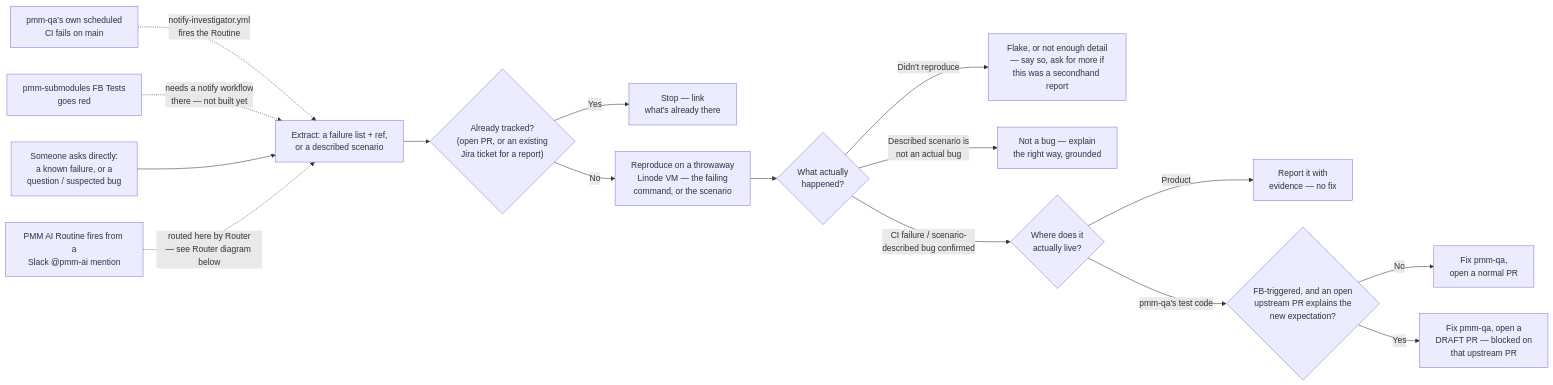
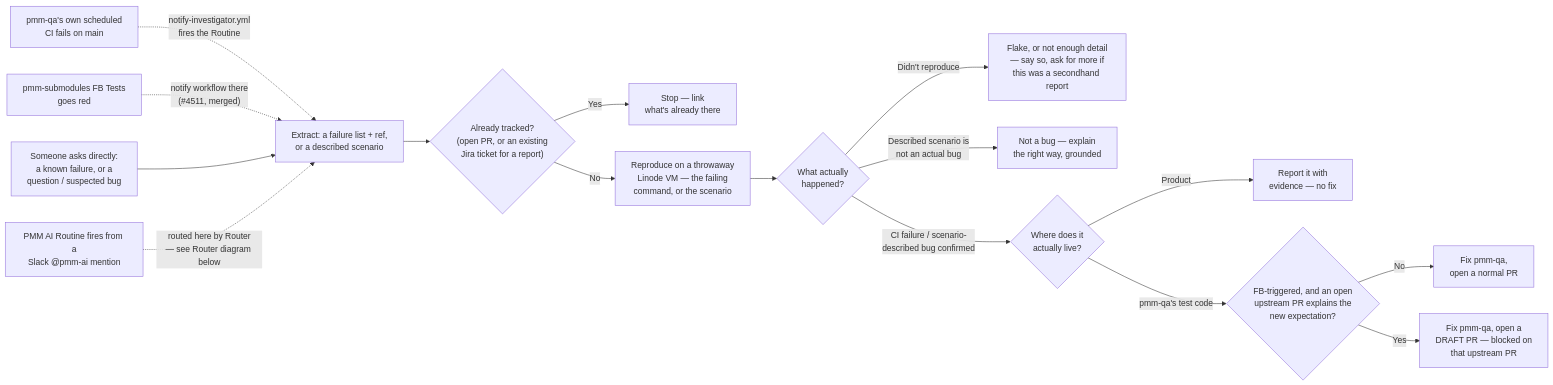
The second of 6 diagrams in docs/agents/AUTOMATIONS.md (percona/pmm-qa), drawn with Mermaid before and after one commit. The commit also changed other lines of this file and 20 other files, not shown here.

First line of the commit message:
docs: submodules notify workflow live; mark PAT/Jenkins-connector done; trim go-live todos (#1163)

````diff
--- a/docs/agents/AUTOMATIONS.md
+++ b/docs/agents/AUTOMATIONS.md
@@ -79,18 +80,18 @@
 ```mermaid
 flowchart LR
     A1["pmm-qa's own scheduled\nCI fails on main"] -.->|"notify-investigator.yml\nfires the Routine"| C
-    A2["pmm-submodules FB Tests\ngoes red"] -.->|"needs a notify workflow\nthere — not built yet"| C
+    A2["pmm-submodules FB Tests\ngoes red"] -.->|"notify workflow there\n(#4511, merged)"| C
     A3["Someone asks directly:\na known failure, or a\nquestion / suspected bug"] --> C
     A4["PMM AI Routine fires from a\nSlack @pmm-ai mention"] -.->|"routed here by Router\n— see Router diagram below"| C
     C["Extract: a failure list + ref,\nor a described scenario"] --> D{"Already tracked?\n(open PR, or an existing\nJira ticket for a report)"}
     D -->|"Yes"| E["Stop — link\nwhat's already there"]
     D -->|"No"| F["Reproduce on a throwaway\nLinode VM — the failing\ncommand, or the scenario"]
     F --> G{"What actually\nhappened?"}
     G -->|"Didn't reproduce"| H["Flake, or not enough detail\n— say so, ask for more if\nthis was a secondhand report"]
     G -->|"Described scenario is\nnot an actual bug"| O["Not a bug — explain\nthe right way, grounded"]
     G -->|"CI failure / scenario-\ndescribed bug confirmed"| P{"Where does it\nactually live?"}
     P -->|"Product"| L["Report it with\nevidence — no fix"]
     P -->|"pmm-qa's test code"| I{"FB-triggered, and an open\nupstream PR explains the\nnew expectation?"}
     I -->|"No"| J["Fix pmm-qa,\nopen a normal PR"]
     I -->|"Yes"| K["Fix pmm-qa, open a\nDRAFT PR — blocked on\nthat upstream PR"]
 ```
````
